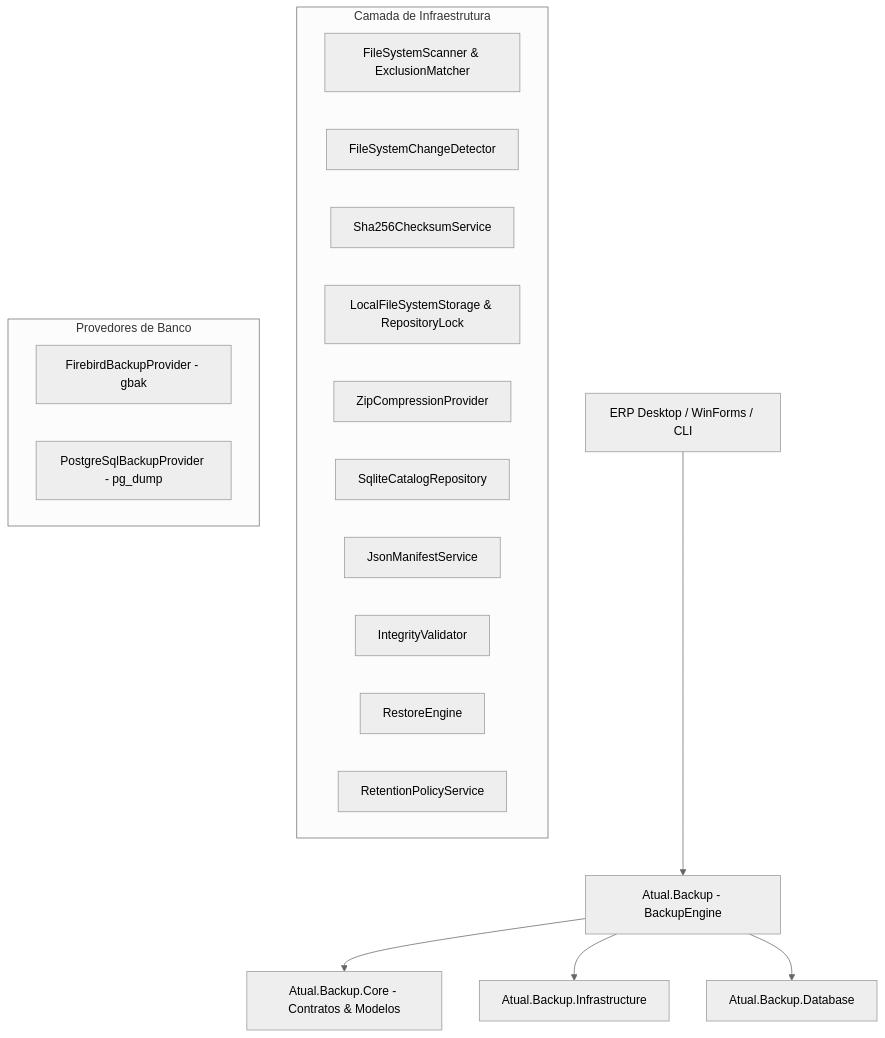
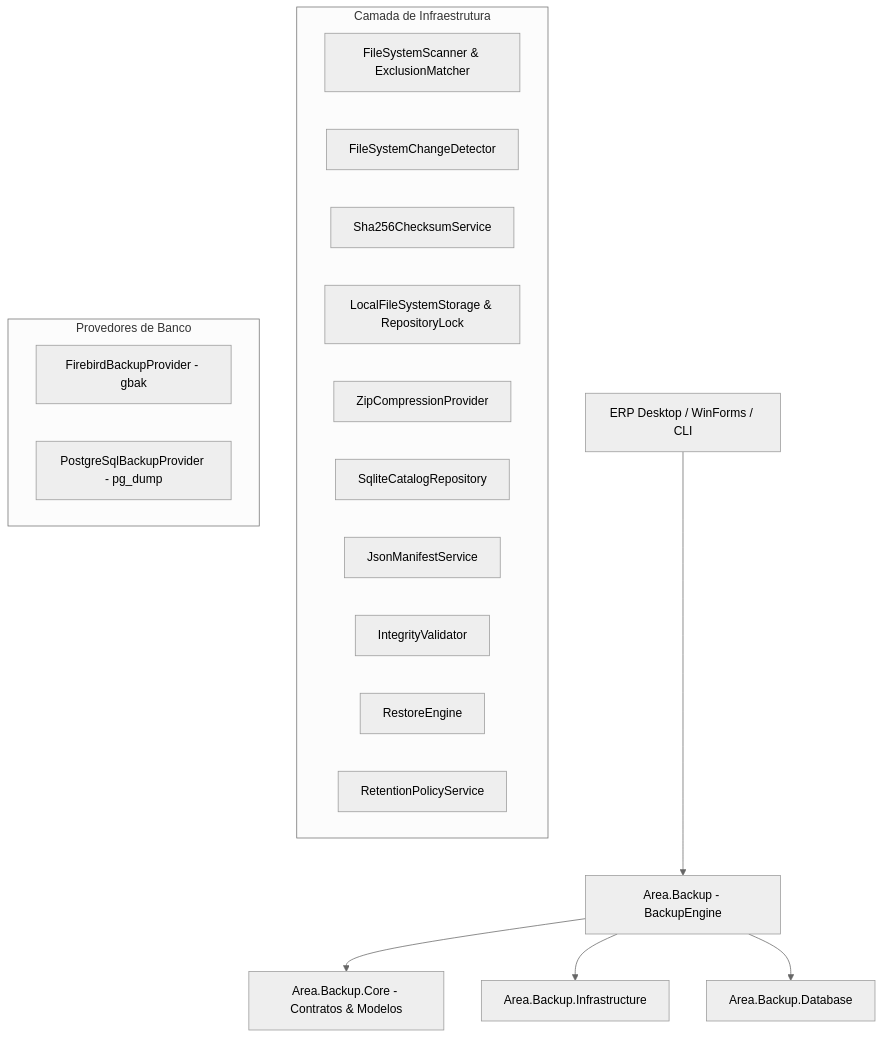
One commit to djcristianosgp/area-backup changed the first of 2 diagrams in docs/ARCHITECTURE.md. Above: the diagram before and after it, drawn with Mermaid (neutral theme). The commit also changed other lines of this file and 152 other files, not shown here.

````diff
--- a/docs/ARCHITECTURE.md
+++ b/docs/ARCHITECTURE.md
@@ -7,25 +7,25 @@
 ```mermaid
 graph TD
-    UI[ERP Desktop / WinForms / CLI] --> Facade[Atual.Backup - BackupEngine]
-    Facade --> Core[Atual.Backup.Core - Contratos & Modelos]
-    Facade --> Infra[Atual.Backup.Infrastructure]
-    Facade --> DB[Atual.Backup.Database]
+    UI[ERP Desktop / WinForms / CLI] --> Facade[Area.Backup - BackupEngine]
+    Facade --> Core[Area.Backup.Core - Contratos & Modelos]
+    Facade --> Infra[Area.Backup.Infrastructure]
+    Facade --> DB[Area.Backup.Database]
 
     subgraph "Camada de Infraestrutura"
         Scanner[FileSystemScanner & ExclusionMatcher]
         ChangeDetector[FileSystemChangeDetector]
         Checksum[Sha256ChecksumService]
         Storage[LocalFileSystemStorage & RepositoryLock]
         Compression[ZipCompressionProvider]
         Catalog[SqliteCatalogRepository]
         Manifest[JsonManifestService]
         Validator[IntegrityValidator]
         Restore[RestoreEngine]
         Retention[RetentionPolicyService]
     end
 
     subgraph "Provedores de Banco"
         FB[FirebirdBackupProvider - gbak]
         PG[PostgreSqlBackupProvider - pg_dump]
     end
 ```
````
